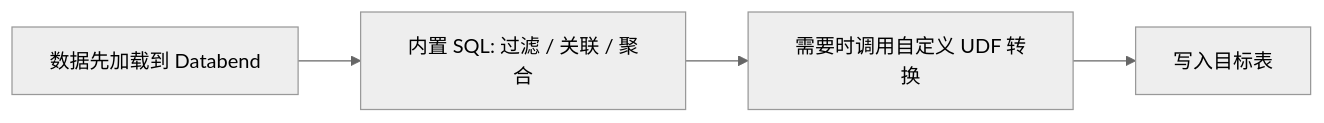
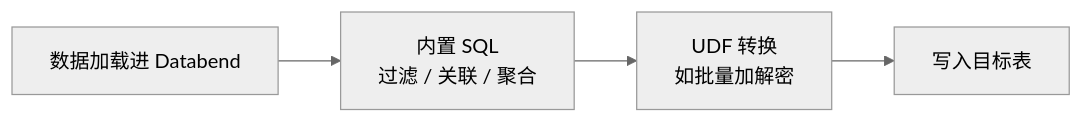
The third of 3 diagrams in docs/ARCHITECTURE.md (wubx/databend-sm4-udf), drawn with Mermaid (neutral theme) before and after one commit. The commit also changed other lines of this file and 19 other files, not shown here.

First line of the commit message:
Rewrite architecture guide as an article with charts

````diff
--- a/docs/ARCHITECTURE.md
+++ b/docs/ARCHITECTURE.md
@@ -112,6 +128,6 @@
 ```mermaid
 flowchart LR
-    L[数据先加载到 Databend] --> S[内置 SQL: 过滤 / 关联 / 聚合]
-    S --> T[需要时调用自定义 UDF 转换]
+    L[数据加载进 Databend] --> S[内置 SQL<br/>过滤 / 关联 / 聚合]
+    S --> T[UDF 转换<br/>如批量加解密]
     T --> W[写入目标表]
 ```
````
